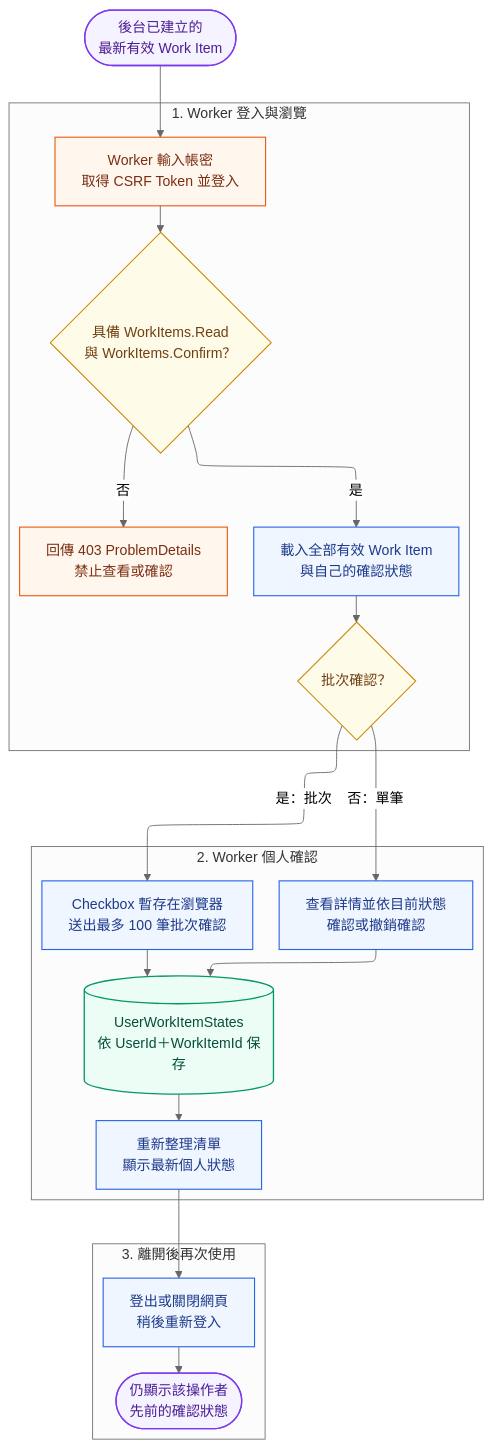
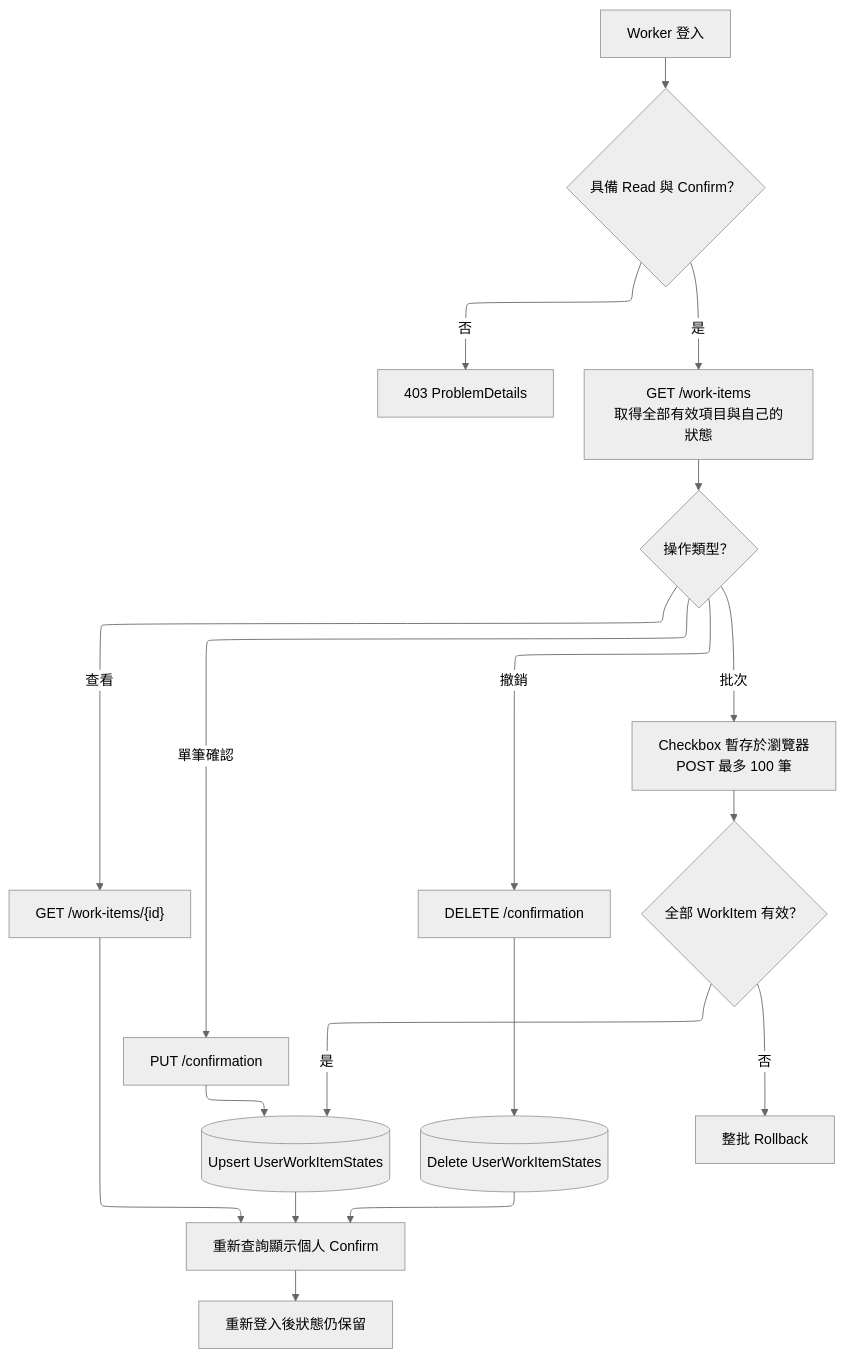
Before and after one commit to JJDing-Louis/MyWorkItem_Backend: the sixth of 6 diagrams in docs/RuntimeWorkflow.md, drawn with Mermaid (neutral theme). The commit also changed other lines of this file and 10 other files, not shown here.

````diff
--- a/docs/RuntimeWorkflow.md
+++ b/docs/RuntimeWorkflow.md
@@ -144,54 +133,21 @@
 ```mermaid
-%%{init: {"flowchart": {"defaultRenderer": "elk", "nodeSpacing": 55, "rankSpacing": 80}}}%%
+%%{init: {"flowchart": {"defaultRenderer": "elk", "nodeSpacing": 50, "rankSpacing": 80}}}%%
 flowchart TD
-    availableItems(["後台已建立的<br/>最新有效 Work Item"])
-
-    subgraph workerBrowse["1. Worker 登入與瀏覽"]
-        direction TD
-        workerLogin["Worker 輸入帳密<br/>取得 CSRF Token 並登入"]
-        readPermission{"具備 WorkItems.Read<br/>與 WorkItems.Confirm？"}
-        workerForbidden["回傳 403 ProblemDetails<br/>禁止查看或確認"]
-        loadItems["載入全部有效 Work Item<br/>與自己的確認狀態"]
-        chooseAction{"批次確認？"}
-
-        workerLogin --> readPermission
-        readPermission -->|"是"| loadItems --> chooseAction
-        readPermission -->|"否"| workerForbidden
-    end
-
-    subgraph confirmation["2. Worker 個人確認"]
-        direction TD
-        singleFlow["查看詳情並依目前狀態<br/>確認或撤銷確認"]
-        batchFlow["Checkbox 暫存在瀏覽器<br/>送出最多 100 筆批次確認"]
-        persisted[("UserWorkItemStates<br/>依 UserId＋WorkItemId 保存")]
-        refreshed["重新整理清單<br/>顯示最新個人狀態"]
-
-        singleFlow --> persisted
-        batchFlow --> persisted
-        persisted --> refreshed
-    end
-
-    subgraph revisit["3. 離開後再次使用"]
-        direction TD
-        leave["登出或關閉網頁<br/>稍後重新登入"]
-        retained(["仍顯示該操作者<br/>先前的確認狀態"])
-
-        leave --> retained
-    end
-
-    availableItems --> workerLogin
-    chooseAction -->|"否：單筆"| singleFlow
-    chooseAction -->|"是：批次"| batchFlow
-    refreshed --> leave
-
-    classDef interaction fill:#EFF6FF,stroke:#2563EB,color:#1E3A8A,stroke-width:1.25px;
-    classDef security fill:#FFF7ED,stroke:#EA580C,color:#7C2D12,stroke-width:1.25px;
-    classDef decision fill:#FEFCE8,stroke:#CA8A04,color:#713F12,stroke-width:1.25px;
-    classDef storage fill:#ECFDF5,stroke:#059669,color:#064E3B,stroke-width:1.5px;
-    classDef outcome fill:#F5F3FF,stroke:#7C3AED,color:#4C1D95,stroke-width:1.5px;
-    class workerLogin,workerForbidden security;
-    class loadItems,singleFlow,batchFlow,refreshed,leave interaction;
-    class readPermission,chooseAction decision;
-    class persisted storage;
-    class availableItems,retained outcome;
+    login["Worker 登入"] --> permission{"具備 Read 與 Confirm？"}
+    permission -->|"否"| forbidden["403 ProblemDetails"]
+    permission -->|"是"| query["GET /work-items<br/>取得全部有效項目與自己的狀態"]
+    query --> choose{"操作類型？"}
+    choose -->|"查看"| detail["GET /work-items/{id}"]
+    choose -->|"單筆確認"| confirm["PUT /confirmation"]
+    choose -->|"撤銷"| revoke["DELETE /confirmation"]
+    choose -->|"批次"| batch["Checkbox 暫存於瀏覽器<br/>POST 最多 100 筆"]
+    confirm --> state[("Upsert UserWorkItemStates")]
+    revoke --> remove[("Delete UserWorkItemStates")]
+    batch --> validate{"全部 WorkItem 有效？"}
+    validate -->|"否"| rollback["整批 Rollback"]
+    validate -->|"是"| state
+    state --> reload["重新查詢顯示個人 Confirm"]
+    remove --> reload
+    detail --> reload
+    reload --> revisit["重新登入後狀態仍保留"]
 ```
````
